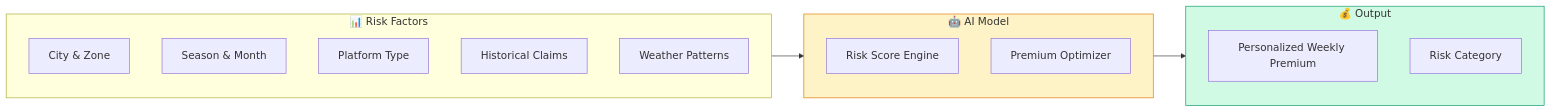
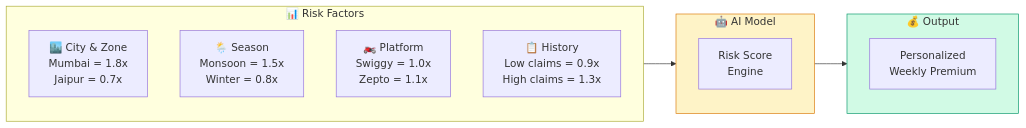
One commit to DunakaChetan/Kavach-GW changed the seventh of 9 diagrams in README.md. Above: the diagram before and after it, drawn with Mermaid. The commit also changed other lines of this file and 1 other file, not shown here.

````diff
--- a/README.md
+++ b/README.md
@@ -210,25 +328,22 @@
 ```mermaid
 flowchart LR
-    subgraph Inputs["📊 Risk Factors"]
-        I1[City & Zone]
-        I2[Season & Month]
-        I3[Platform Type]
-        I4[Historical Claims]
-        I5[Weather Patterns]
+    subgraph Factors["📊 Risk Factors"]
+        I1["🏙️ City & Zone<br/>Mumbai = 1.8x<br/>Jaipur = 0.7x"]
+        I2["🌦️ Season<br/>Monsoon = 1.5x<br/>Winter = 0.8x"]
+        I3["🏍️ Platform<br/>Swiggy = 1.0x<br/>Zepto = 1.1x"]
+        I4["📋 History<br/>Low claims = 0.9x<br/>High claims = 1.3x"]
     end
 
     subgraph Model["🤖 AI Model"]
-        M1[Risk Score Engine]
-        M2[Premium Optimizer]
+        M1["Risk Score<br/>Engine"]
     end
 
-    subgraph Output["💰 Output"]
-        O1[Personalized Weekly Premium]
-        O2[Risk Category]
+    subgraph Result["💰 Output"]
+        O1["Personalized<br/>Weekly Premium"]
     end
 
-    Inputs --> Model --> Output
+    Factors --> Model --> Result
 
     style Model fill:#fef3c7,stroke:#d97706
-    style Output fill:#d1fae5,stroke:#059669
+    style Result fill:#d1fae5,stroke:#059669
 ```
````
